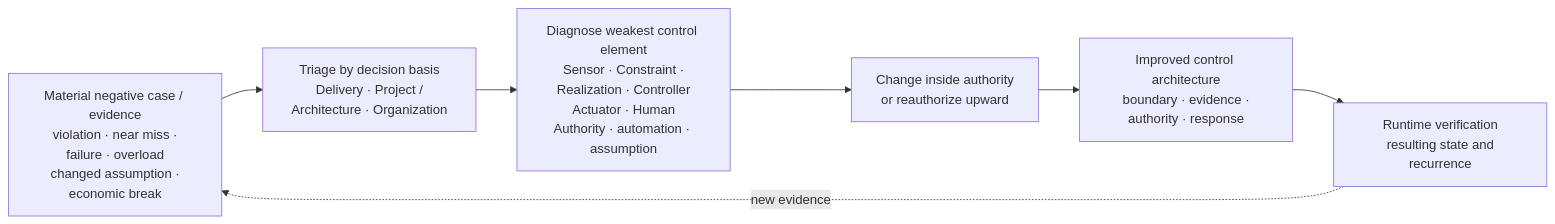
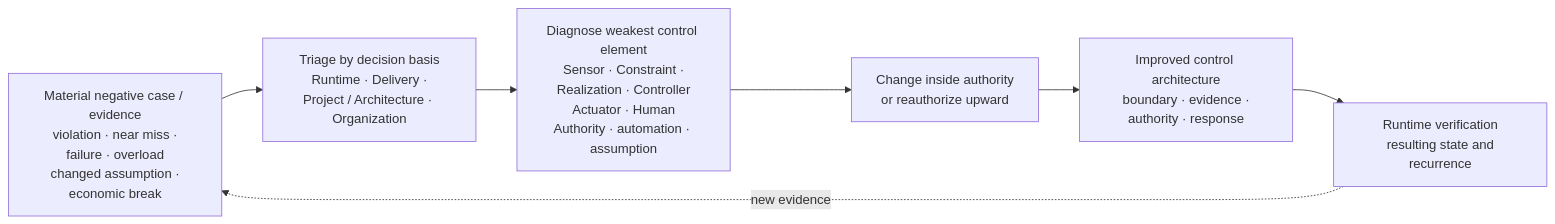
Diagram 15 of 15 in content/research/notes/open-engineering-specification-article-draft.md (UncertaintyArchitectureGroup/uncertainty-architecture), drawn with Mermaid before and after one commit. The commit also changed other lines of this file, not shown here.

Commit message:
docs(research): tighten Section 4 decision-horizon semantics

````diff
--- a/content/research/notes/open-engineering-specification-article-draft.md
+++ b/content/research/notes/open-engineering-specification-article-draft.md
@@ -775,12 +773,12 @@
 ```mermaid
 flowchart LR
     N["Material negative case / evidence<br/> violation · near miss · failure · overload<br/> changed assumption · economic break"]
-    T["Triage by decision basis<br/> Delivery · Project / Architecture · Organization"]
+    T["Triage by decision basis<br/> Runtime · Delivery · Project / Architecture · Organization"]
     D["Diagnose weakest control element<br/> Sensor · Constraint · Realization · Controller<br/> Actuator · Human Authority · automation · assumption"]
     C["Change inside authority<br/> or reauthorize upward"]
     I["Improved control architecture<br/> boundary · evidence · authority · response"]
     V["Runtime verification<br/> resulting state and recurrence"]
 
     N --> T --> D --> C --> I --> V
     V -. new evidence .-> N
 ```
````
